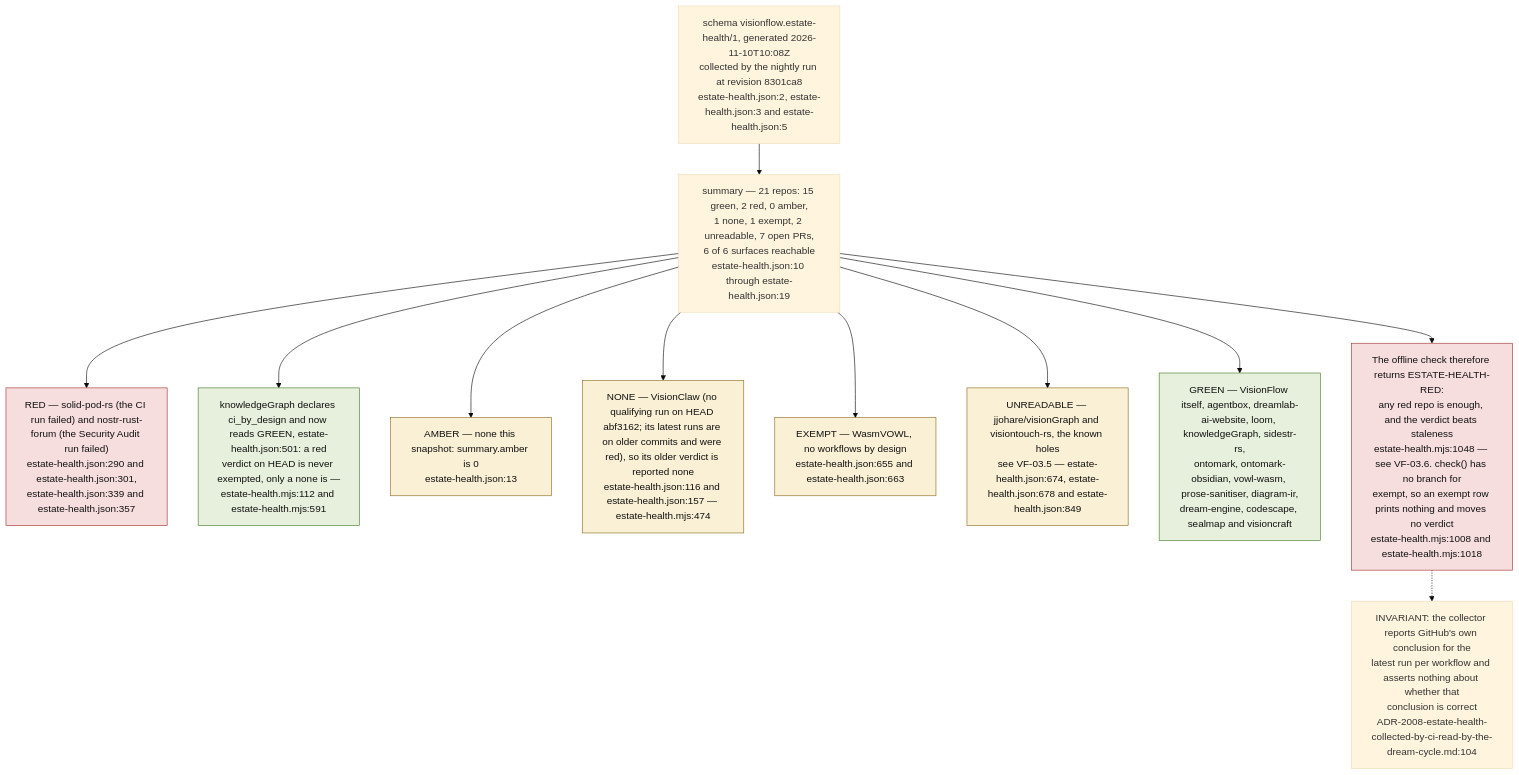
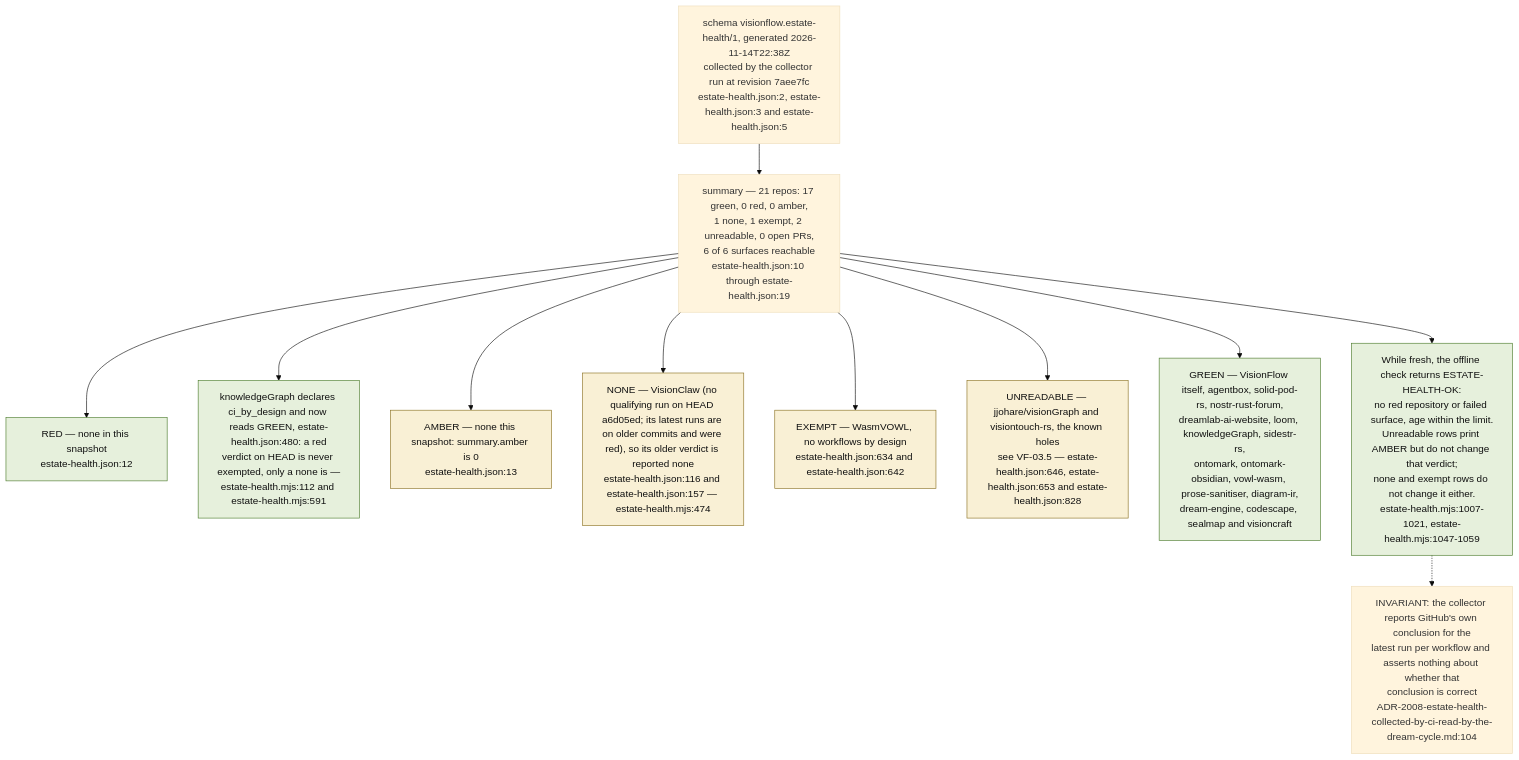
The ninth of 9 diagrams in docs/diagrams/visionflow/03-estate-health.md (DreamLab-AI/VisionFlow), drawn with Mermaid (base theme) before and after one commit. The commit also changed other lines of this file and 14 other files, not shown here.

Commit message:
docs: align settlement, daemon and dated health diagrams

````diff
--- a/docs/diagrams/visionflow/03-estate-health.md
+++ b/docs/diagrams/visionflow/03-estate-health.md
@@ -290,24 +290,24 @@
 ```mermaid
 flowchart TB
     classDef red fill:#f7dede,stroke:#a33333,color:#111
     classDef green fill:#e6f0dc,stroke:#4a7a2a,color:#111
     classDef amb fill:#f9f0d5,stroke:#8a7020,color:#111
 
-    SNAP["schema visionflow.estate-health/1, generated 2026-11-10T10:08Z<br/>collected by the nightly run at revision 8301ca8<br/>estate-health.json:2, estate-health.json:3 and estate-health.json:5"]
+    SNAP["schema visionflow.estate-health/1, generated 2026-11-14T22:38Z<br/>collected by the collector run at revision 7aee7fc<br/>estate-health.json:2, estate-health.json:3 and estate-health.json:5"]
 
-    SNAP --> SUM["summary — 21 repos: 15 green, 2 red, 0 amber,<br/>1 none, 1 exempt, 2 unreadable, 7 open PRs,<br/>6 of 6 surfaces reachable<br/>estate-health.json:10 through estate-health.json:19"]
+    SNAP --> SUM["summary — 21 repos: 17 green, 0 red, 0 amber,<br/>1 none, 1 exempt, 2 unreadable, 0 open PRs,<br/>6 of 6 surfaces reachable<br/>estate-health.json:10 through estate-health.json:19"]
 
-    SUM --> R4["RED — solid-pod-rs (the CI run failed) and nostr-rust-forum (the Security Audit run failed)<br/>estate-health.json:290 and estate-health.json:301,<br/>estate-health.json:339 and estate-health.json:357"]:::red
-    SUM --> KG["knowledgeGraph declares ci_by_design and now reads GREEN, estate-health.json:501: a red<br/>verdict on HEAD is never exempted, only a none is —<br/>estate-health.mjs:112 and estate-health.mjs:591"]:::green
+    SUM --> R4["RED — none in this snapshot<br/>estate-health.json:12"]:::green
+    SUM --> KG["knowledgeGraph declares ci_by_design and now reads GREEN, estate-health.json:480: a red<br/>verdict on HEAD is never exempted, only a none is —<br/>estate-health.mjs:112 and estate-health.mjs:591"]:::green
     SUM --> A1["AMBER — none this snapshot: summary.amber is 0<br/>estate-health.json:13"]:::amb
-    SUM --> N1["NONE — VisionClaw (no qualifying run on HEAD abf3162; its latest runs are on older commits and were red), so its older verdict is reported none<br/>estate-health.json:116 and estate-health.json:157 — estate-health.mjs:474"]:::amb
-    SUM --> E2["EXEMPT — WasmVOWL, no workflows by design<br/>estate-health.json:655 and estate-health.json:663"]:::amb
-    SUM --> U1["UNREADABLE — jjohare/visionGraph and visiontouch-rs, the known holes<br/>see VF-03.5 — estate-health.json:674, estate-health.json:678 and estate-health.json:849"]:::amb
-    SUM --> G1["GREEN — VisionFlow itself, agentbox, dreamlab-ai-website, loom, knowledgeGraph, sidestr-rs,<br/>ontomark, ontomark-obsidian, vowl-wasm, prose-sanitiser, diagram-ir,<br/>dream-engine, codescape, sealmap and visioncraft"]:::green
+    SUM --> N1["NONE — VisionClaw (no qualifying run on HEAD a6d05ed; its latest runs are on older commits and were red), so its older verdict is reported none<br/>estate-health.json:116 and estate-health.json:157 — estate-health.mjs:474"]:::amb
+    SUM --> E2["EXEMPT — WasmVOWL, no workflows by design<br/>estate-health.json:634 and estate-health.json:642"]:::amb
+    SUM --> U1["UNREADABLE — jjohare/visionGraph and visiontouch-rs, the known holes<br/>see VF-03.5 — estate-health.json:646, estate-health.json:653 and estate-health.json:828"]:::amb
+    SUM --> G1["GREEN — VisionFlow itself, agentbox, solid-pod-rs, nostr-rust-forum,<br/>dreamlab-ai-website, loom, knowledgeGraph, sidestr-rs,<br/>ontomark, ontomark-obsidian, vowl-wasm, prose-sanitiser, diagram-ir,<br/>dream-engine, codescape, sealmap and visioncraft"]:::green
 
-    VERD["The offline check therefore returns ESTATE-HEALTH-RED:<br/>any red repo is enough, and the verdict beats staleness<br/>estate-health.mjs:1048 — see VF-03.6. check() has no branch for<br/>exempt, so an exempt row prints nothing and moves no verdict<br/>estate-health.mjs:1008 and estate-health.mjs:1018"]:::red
+    VERD["While fresh, the offline check returns ESTATE-HEALTH-OK:<br/>no red repository or failed surface, age within the limit.<br/>Unreadable rows print AMBER but do not change that verdict;<br/>none and exempt rows do not change it either.<br/>estate-health.mjs:1007-1021, estate-health.mjs:1047-1059"]:::green
     SUM --> VERD
 
     INV["INVARIANT: the collector reports GitHub's own conclusion for the<br/>latest run per workflow and asserts nothing about whether that<br/>conclusion is correct<br/>ADR-2008-estate-health-collected-by-ci-read-by-the-dream-cycle.md:104"]
     VERD -.-> INV
 ```
````
